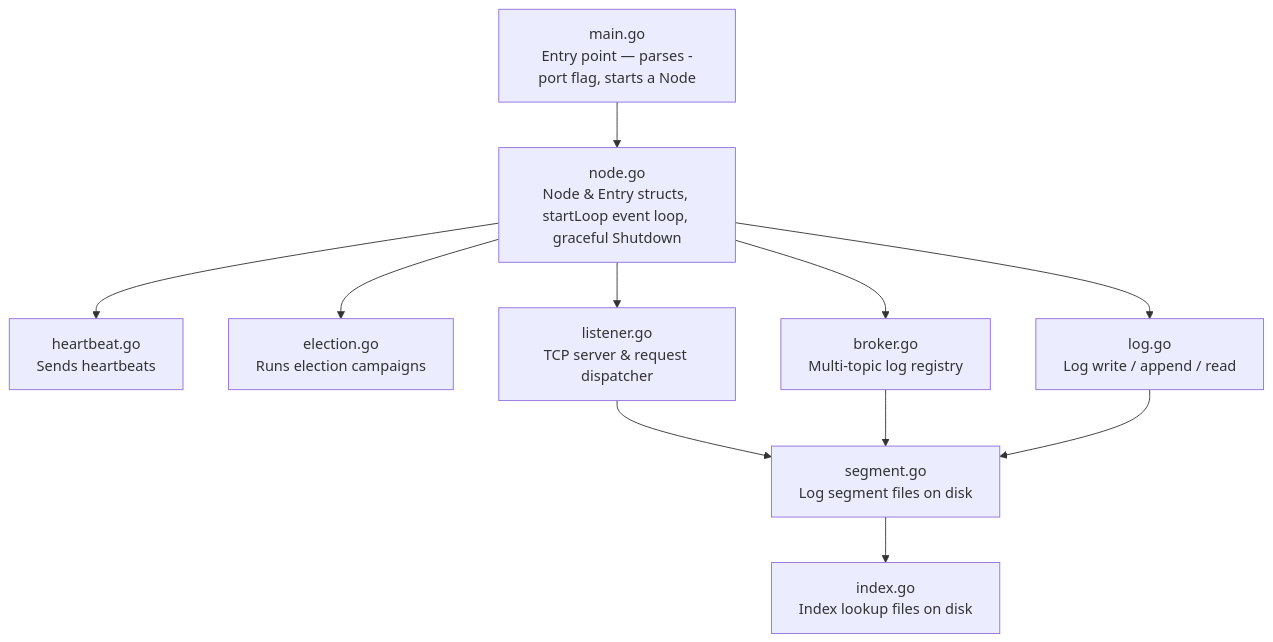
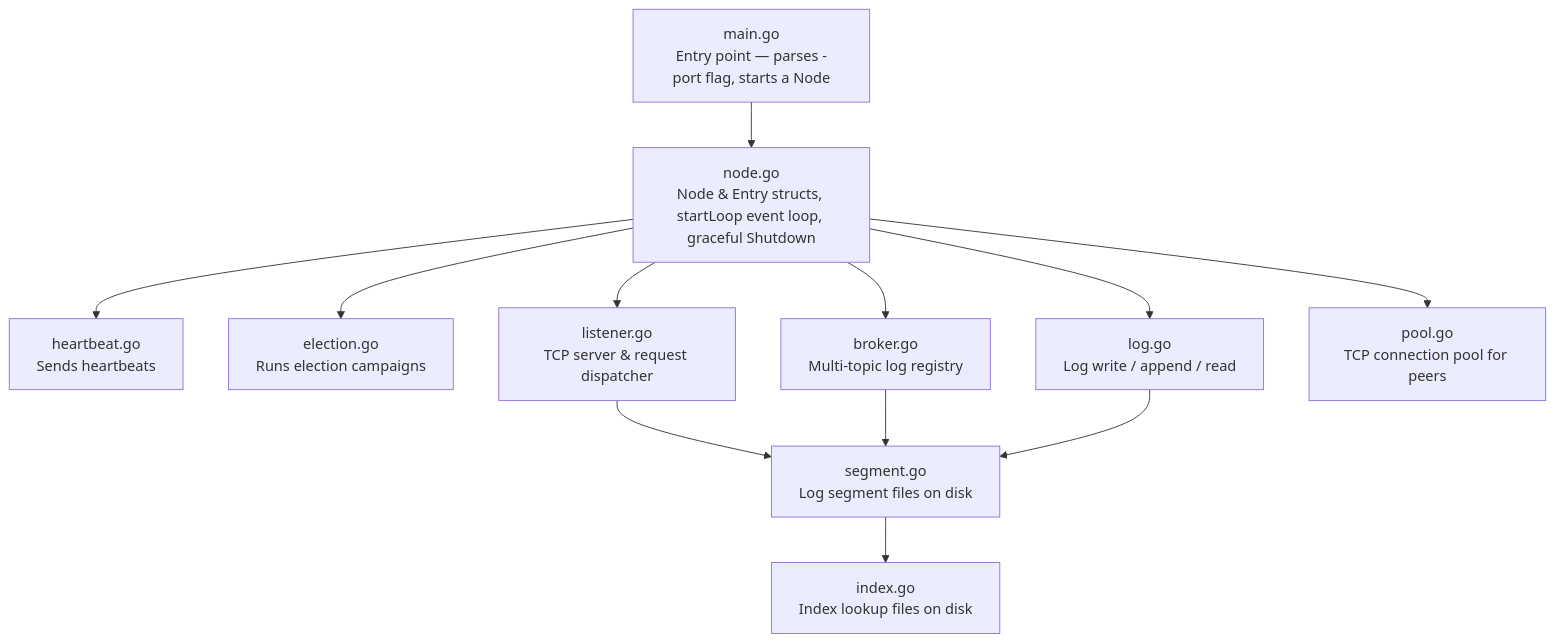
The first of 2 diagrams in README.md (adnanmaja/borges), drawn with Mermaid before and after one commit. The commit also changed other lines of this file and 10 other files, not shown here.

````diff
--- a/README.md
+++ b/README.md
@@ -39,13 +53,14 @@
 ```mermaid
 flowchart TD
     A[main.go<br/>Entry point — parses -port flag, starts a Node] --> B[node.go<br/>Node & Entry structs, startLoop event loop, graceful Shutdown]
     B --> C[heartbeat.go<br/>Sends heartbeats]
     B --> D[election.go<br/>Runs election campaigns]
     B --> E[listener.go<br/>TCP server & request dispatcher]
     B --> F[broker.go<br/>Multi-topic log registry]
     B --> G[log.go<br/>Log write / append / read]
+    B --> H[pool.go<br/>TCP connection pool for peers]
     E --> I[segment.go<br/>Log segment files on disk]
     F --> I
     G --> I
     I --> J[index.go<br/>Index lookup files on disk]
 ```
````
